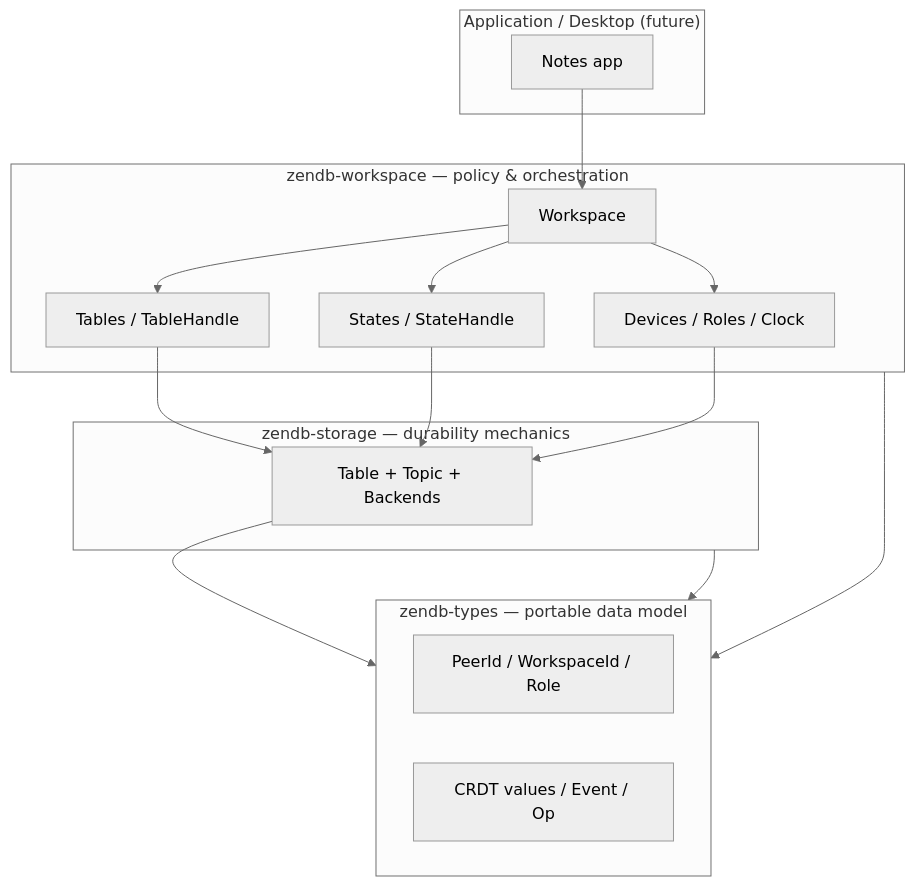
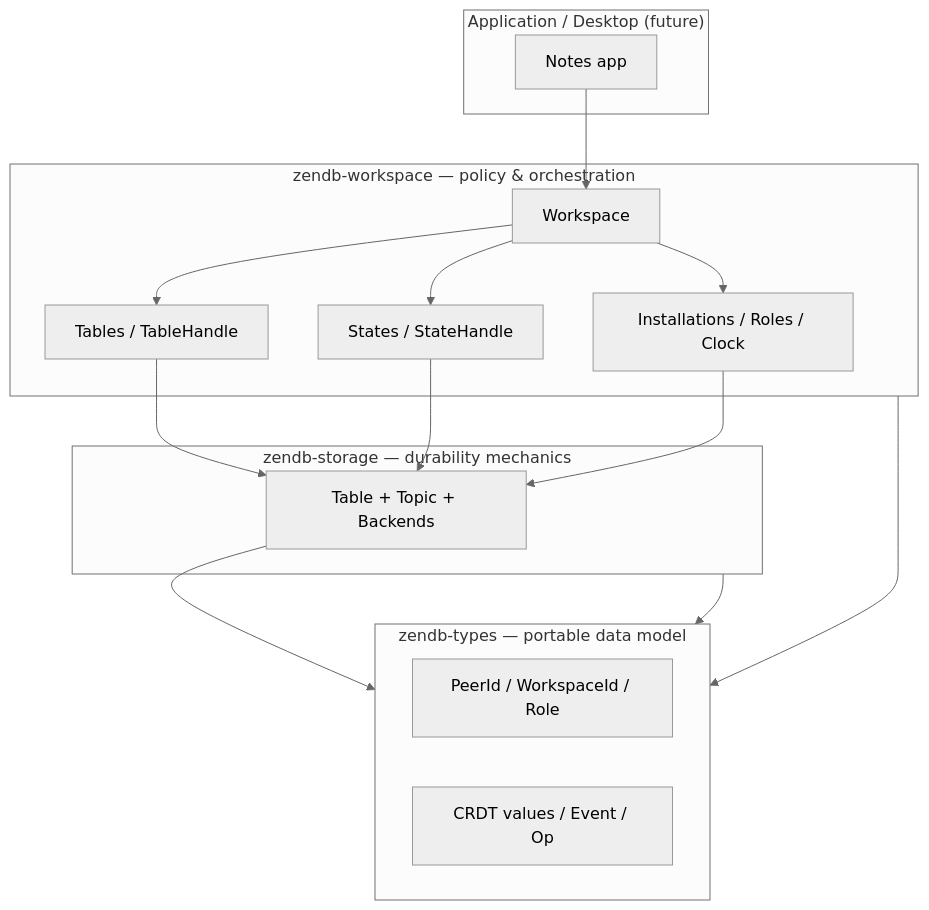
The first of 7 diagrams in .plan/baseline-zendb-as-is.md (ZeninAI/zendb), drawn with Mermaid (neutral theme) before and after one commit. The commit also changed other lines of this file and 53 other files, not shown here.

````diff
--- a/.plan/baseline-zendb-as-is.md
+++ b/.plan/baseline-zendb-as-is.md
@@ -56,30 +56,30 @@
 ```mermaid
 flowchart TD
     subgraph app["Application / Desktop (future)"]
         A[Notes app]
     end
     subgraph ws["zendb-workspace — policy & orchestration"]
         W[Workspace]
         T[Tables / TableHandle]
         S[States / StateHandle]
-        D[Devices / Roles / Clock]
+        D[Installations / Roles / Clock]
     end
     subgraph st["zendb-storage — durability mechanics"]
         TB[Table + Topic + Backends]
     end
     subgraph ty["zendb-types — portable data model"]
         ID[PeerId / WorkspaceId / Role]
         CR[CRDT values / Event / Op]
     end
 
     A --> W
     W --> T
     W --> S
     W --> D
     T --> TB
     S --> TB
     D --> TB
     TB --> ty
     ws --> ty
     st --> ty
 ```
````
